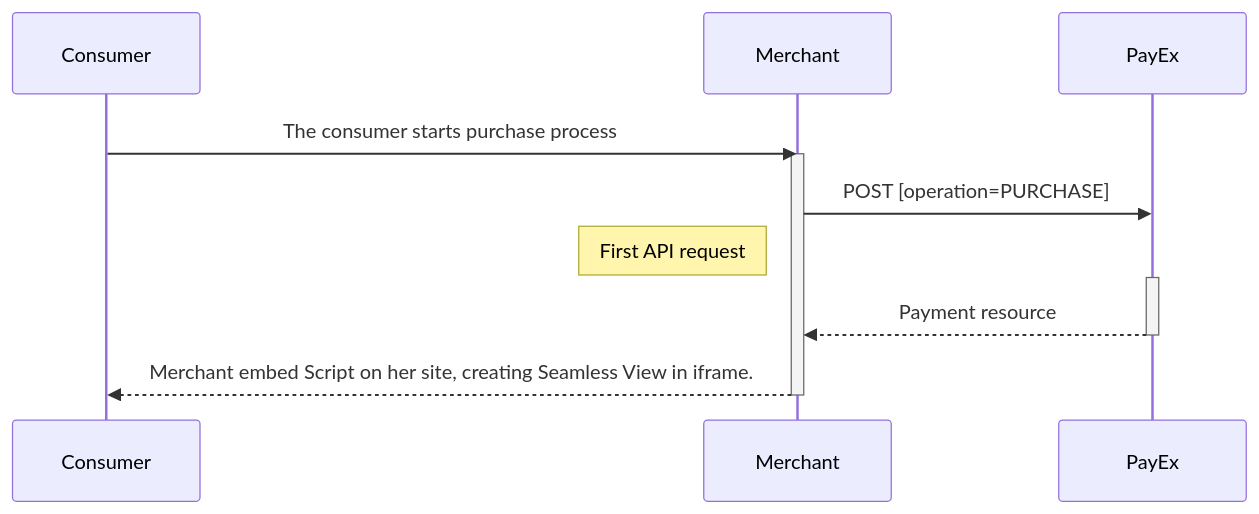
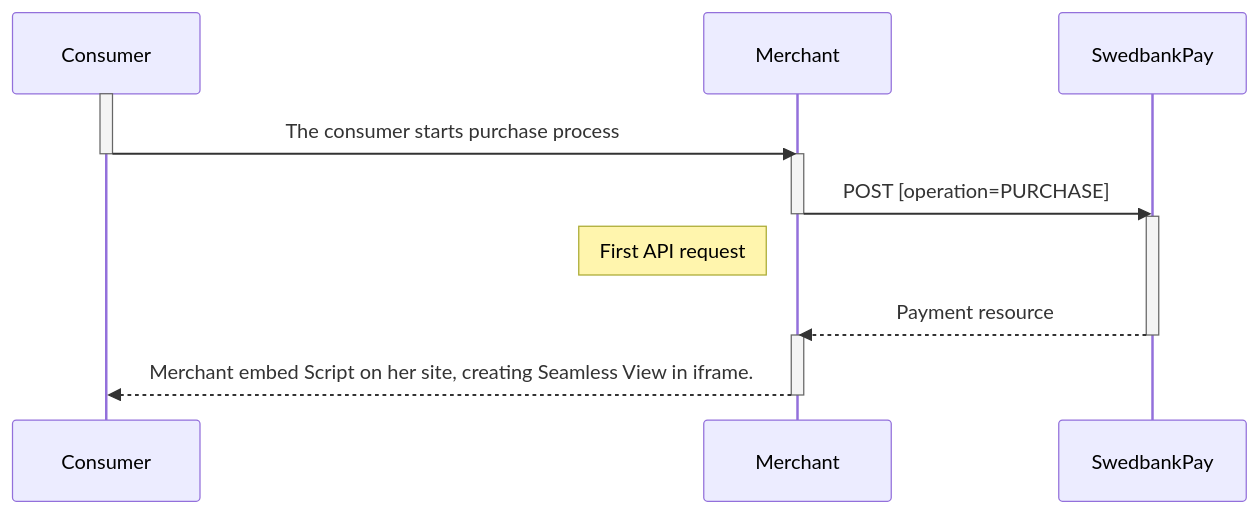
Before and after one commit to SwedbankPay/developer.swedbankpay.com: the first of 2 diagrams in payments/index.md, drawn with Mermaid. The commit also changed other lines of this file and 4 other files, not shown here.

Commit message:
DX-254 added requested changes from NullableInt + diagram fixes in index

````diff
--- a/payments/index.md
+++ b/payments/index.md
@@ -150,12 +149,12 @@
 ```mermaid
 sequenceDiagram
-  Consumer->>Merchant: The consumer starts purchase process
+  activate Consumer
+  Consumer->>-Merchant: The consumer starts purchase process
   activate Merchant
-  Merchant->>PayEx: POST [operation=PURCHASE]
+  Merchant->>-SwedbankPay: POST [operation=PURCHASE]
+  activate SwedbankPay
   note left of Merchant: First API request
-  activate PayEx
-  PayEx-->>Merchant: Payment resource
-  deactivate PayEx
-  Merchant-->>Consumer: Merchant embed Script on her site, creating Seamless View in iframe.
-  deactivate Merchant
+  SwedbankPay-->>-Merchant: Payment resource
+  activate Merchant
+  Merchant-->>-Consumer: Merchant embed Script on her site, creating Seamless View in iframe.
 ```
````
